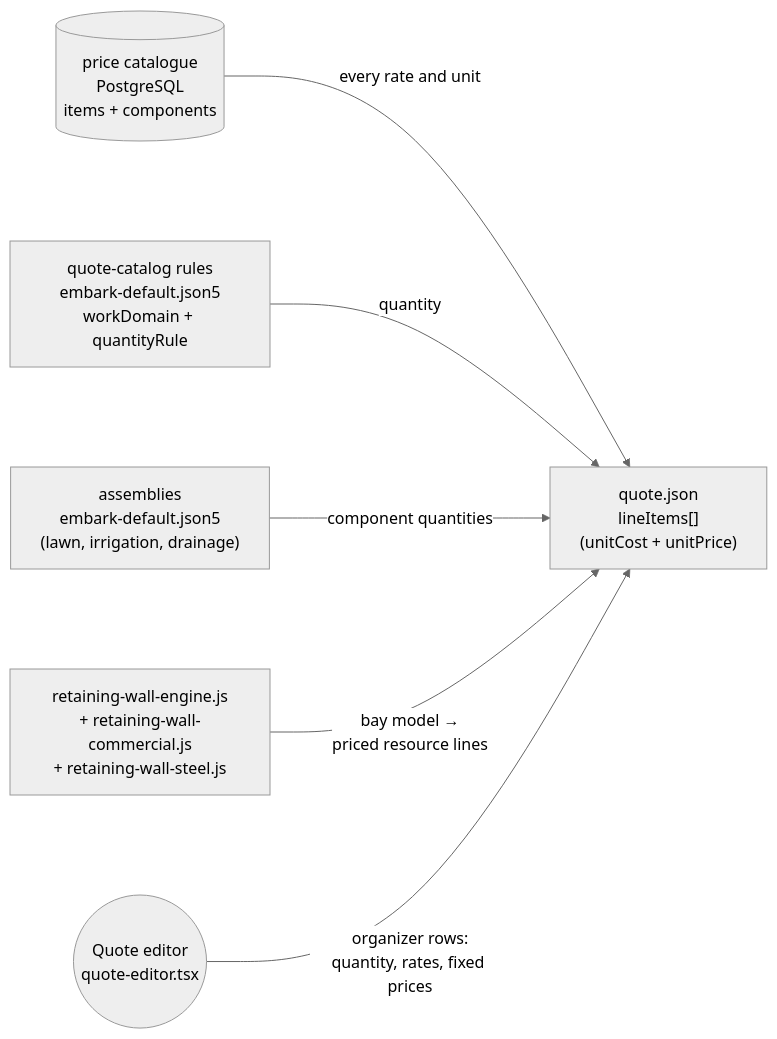
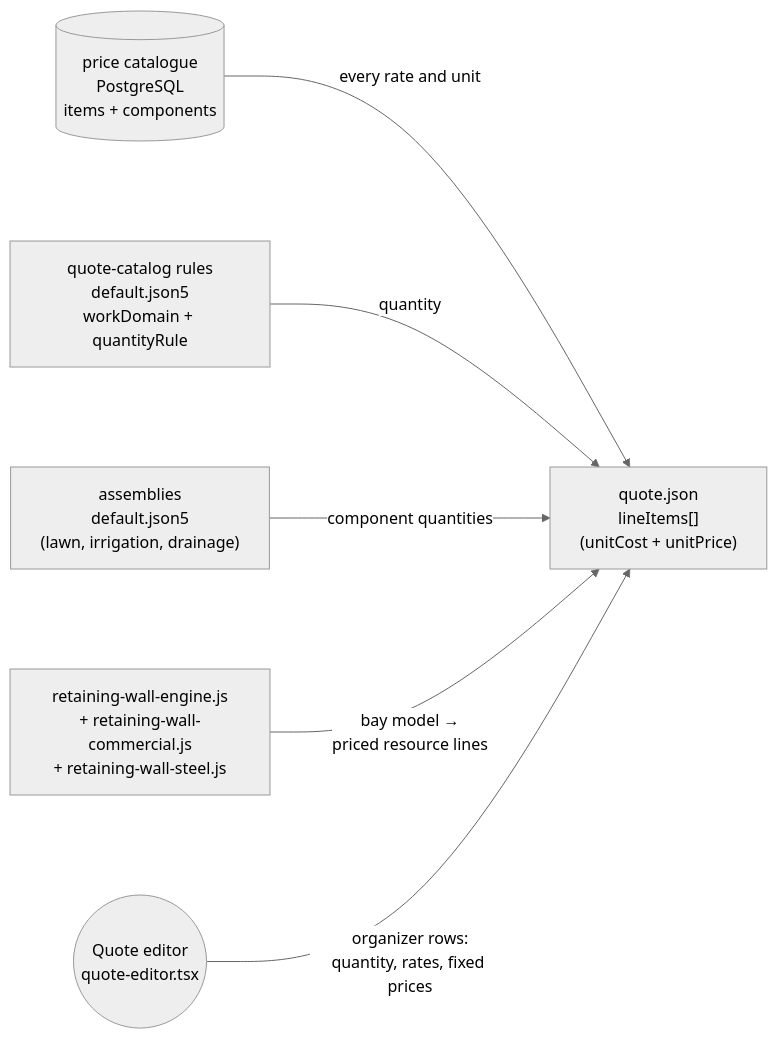
One commit to arcforgelabs/field changed the fifth of 7 diagrams in ARCHITECTURE.md. Above: the diagram before and after it, drawn with Mermaid (neutral theme). The commit also changed other lines of this file and 56 other files, not shown here.

First line of the commit message:
feat: a new installation has no Embark identity by default (#123)

````diff
--- a/ARCHITECTURE.md
+++ b/ARCHITECTURE.md
@@ -200,12 +200,12 @@
 ```mermaid
 %%{init: {"flowchart": {"nodeSpacing": 100, "rankSpacing": 80}} }%%
 flowchart LR
     LINE["quote.json<br/>lineItems[]<br/>(unitCost + unitPrice)"]
 
     CAT[("price catalogue<br/>PostgreSQL<br/>items + components")] -->|"every rate and unit"| LINE
-    QCR["quote-catalog rules<br/>embark-default.json5<br/>workDomain + quantityRule"] -->|"quantity"| LINE
-    RECIPE["assemblies<br/>embark-default.json5<br/>(lawn, irrigation, drainage)"] -->|"component quantities"| LINE
+    QCR["quote-catalog rules<br/>default.json5<br/>workDomain + quantityRule"] -->|"quantity"| LINE
+    RECIPE["assemblies<br/>default.json5<br/>(lawn, irrigation, drainage)"] -->|"component quantities"| LINE
     RWE["retaining-wall-engine.js<br/>+ retaining-wall-commercial.js<br/>+ retaining-wall-steel.js"] -->|"bay model →<br/>priced resource lines"| LINE
 
     MANUAL(("Quote editor<br/>quote-editor.tsx")) -->|"organizer rows:<br/>quantity, rates, fixed prices"| LINE
 ```
````
